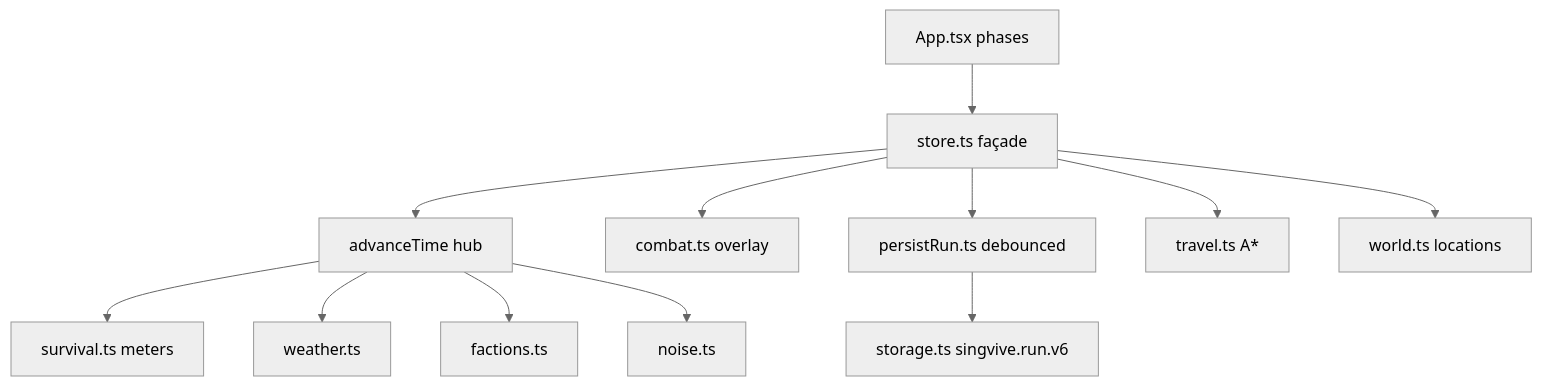
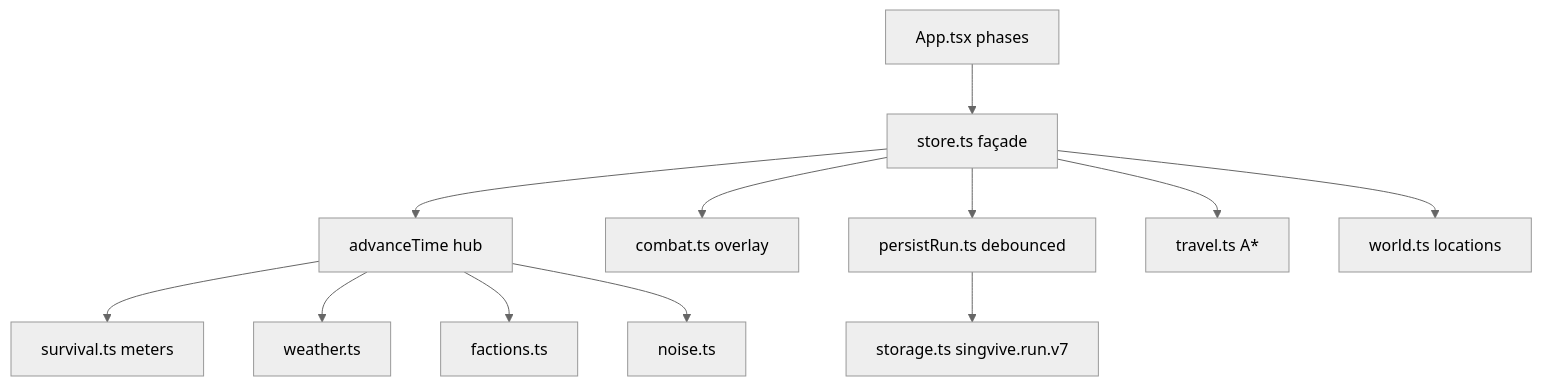
The diagram in .cursor/skills/singvive-systems/SKILL.md (TSHHHHH/Singvive), drawn with Mermaid (neutral theme) before and after one commit. The commit also changed other lines of this file and 36 other files, not shown here.

First line of the commit message:
Add passive skill system and itch build flow

````diff
--- a/.cursor/skills/singvive-systems/SKILL.md
+++ b/.cursor/skills/singvive-systems/SKILL.md
@@ -10,14 +10,14 @@
 ```mermaid
 flowchart TD
   App[App.tsx phases] --> Store[store.ts façade]
   Store --> AdvanceTime[advanceTime hub]
   AdvanceTime --> Survival[survival.ts meters]
   AdvanceTime --> Weather[weather.ts]
   AdvanceTime --> Factions[factions.ts]
   AdvanceTime --> Noise[noise.ts]
   Store --> Combat[combat.ts overlay]
   Store --> Persist[persistRun.ts debounced]
-  Persist --> Storage[storage.ts singvive.run.v6]
+  Persist --> Storage[storage.ts singvive.run.v7]
   Store --> Travel[travel.ts A*]
   Store --> World[world.ts locations]
 ```
````
